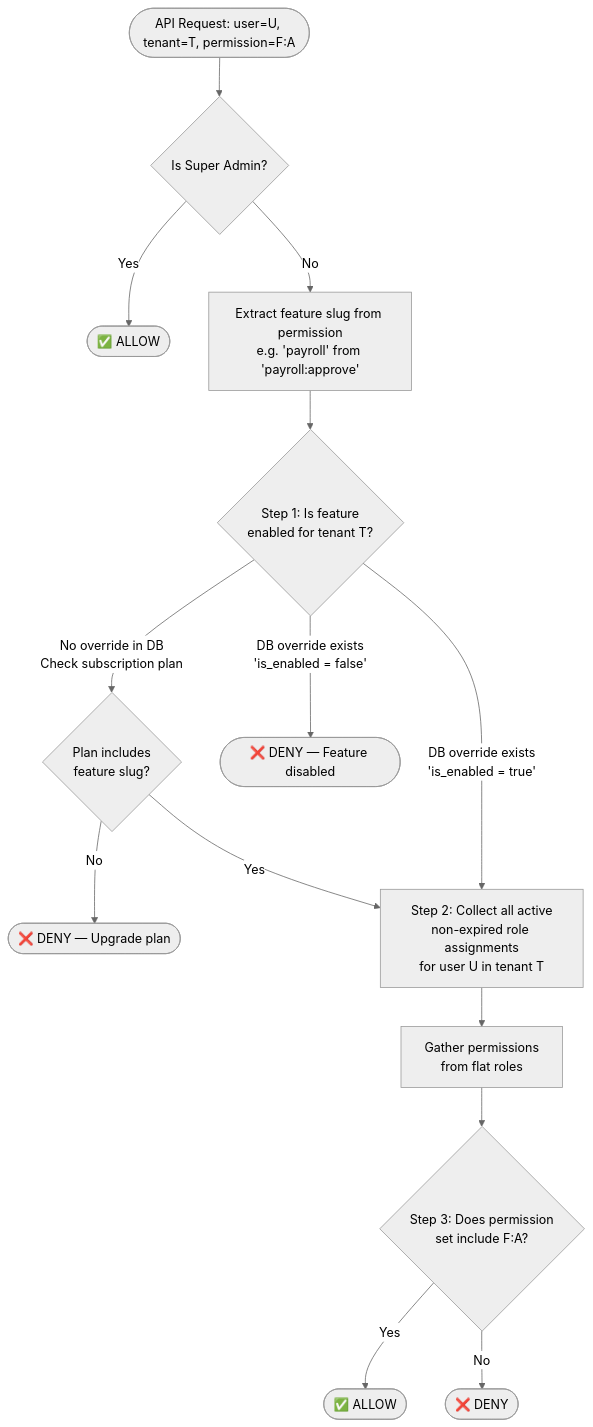
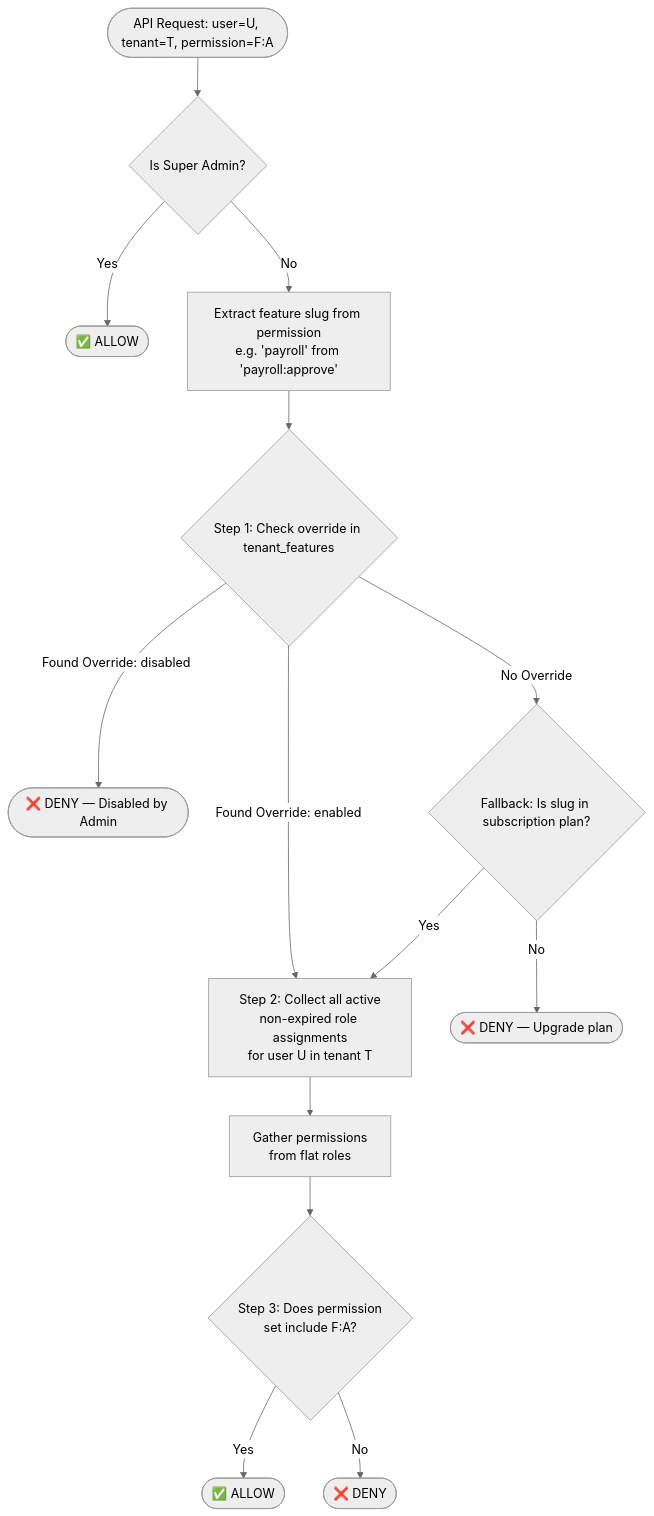
The second of 4 diagrams in doc/system-design/subscription-and-features.md (gowtamkumar/eCommerce-multi-store-saas-erp), drawn with Mermaid (neutral theme) before and after one commit. The commit also changed other lines of this file and 18 other files, not shown here.

````diff
--- a/doc/system-design/subscription-and-features.md
+++ b/doc/system-design/subscription-and-features.md
@@ -369,19 +333,19 @@
 ```mermaid
 flowchart TD
     A([API Request: user=U, tenant=T, permission=F:A]) --> B{Is Super Admin?}
     B -- Yes --> ALLOW([✅ ALLOW])
     B -- No --> C[Extract feature slug from permission\ne.g. 'payroll' from 'payroll:approve']
 
-    C --> D{Step 1: Is feature\nenabled for tenant T?}
-    D -- No override in DB\nCheck subscription plan --> D1{Plan includes\nfeature slug?}
-    D1 -- No --> DENY1([❌ DENY — Upgrade plan])
-    D1 -- Yes --> E
-    D -- DB override exists\n'is_enabled = false' --> DENY2([❌ DENY — Feature disabled])
-    D -- DB override exists\n'is_enabled = true' --> E
+    C --> D{Step 1: Check override in tenant_features}
+    D -- Found Override: enabled --> E
+    D -- Found Override: disabled --> DENY1([❌ DENY — Disabled by Admin])
+    D -- No Override --> D2{Fallback: Is slug in subscription plan?}
+    D2 -- No --> DENY2([❌ DENY — Upgrade plan])
+    D2 -- Yes --> E
 
     E[Step 2: Collect all active\nnon-expired role assignments\nfor user U in tenant T]
     E --> F[Gather permissions\nfrom flat roles]
     F --> G{Step 3: Does permission\nset include F:A?}
     G -- Yes --> ALLOW2([✅ ALLOW])
     G -- No --> DENY3([❌ DENY])
 ```
````
